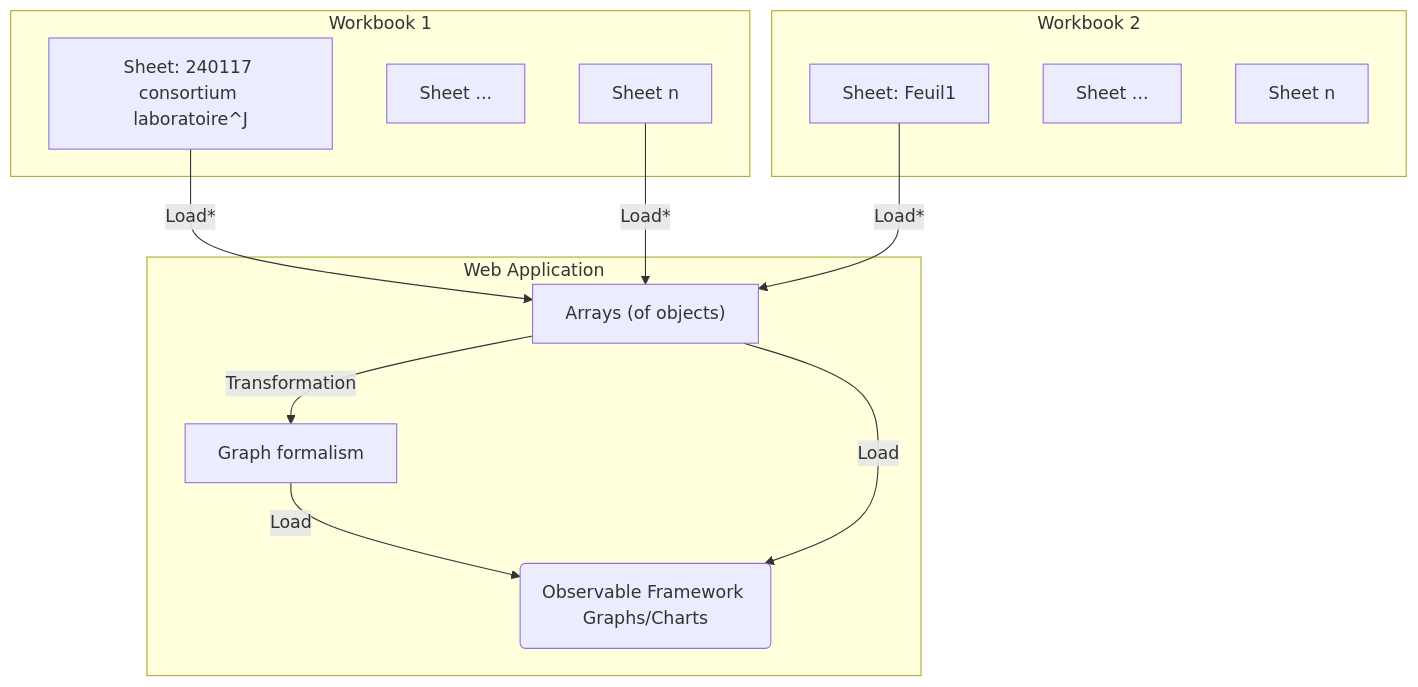
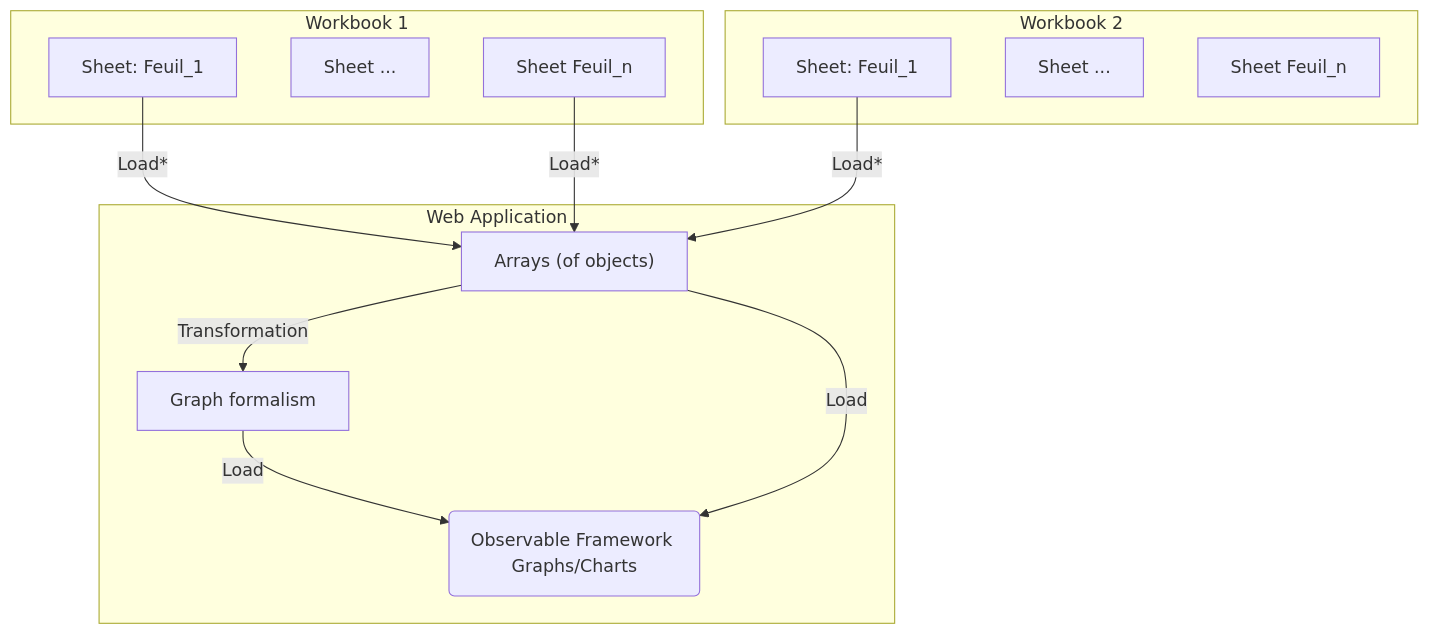
Before and after one commit to VCityTeam/PEPR-VDBI: the second of 2 diagrams in data-visualization/docs/index.md, drawn with Mermaid. The commit also changed other lines of this file and 7 other files, not shown here.

Commit message:
add arc diagram initial filters and sort

````diff
--- a/data-visualization/docs/index.md
+++ b/data-visualization/docs/index.md
@@ -87,21 +87,21 @@
 ```mermaid
 flowchart TD
     subgraph "Workbook 1"
-        AA[Sheet: 240117 consortium laboratoire^J]
+        AA[Sheet: Feuil_1]
         AB[Sheet ...]
-        AC[Sheet n]
+        AC[Sheet Feuil_n]
     end
     subgraph "Workbook 2"
-        BA[Sheet: Feuil1]
+        BA[Sheet: Feuil_1]
         BB[Sheet ...]
-        BC[Sheet n]
+        BC[Sheet Feuil_n]
     end
     AA -->|Load*| C
     AC -->|Load*| C
     BA -->|Load*| C
     subgraph Web Application
         C["Arrays (of objects)"] -->|Transformation| GF[Graph formalism]
         GF -->|Load| O(Observable Framework Graphs/Charts)
         C  -->|Load| O
     end
 ```
````
